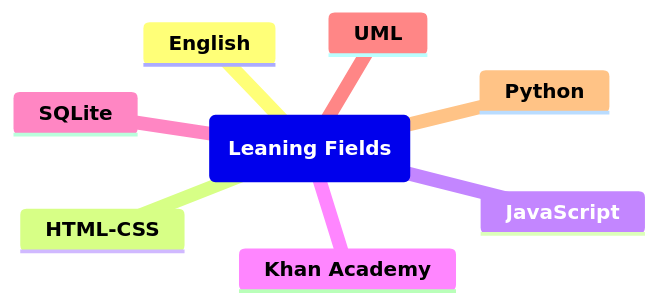
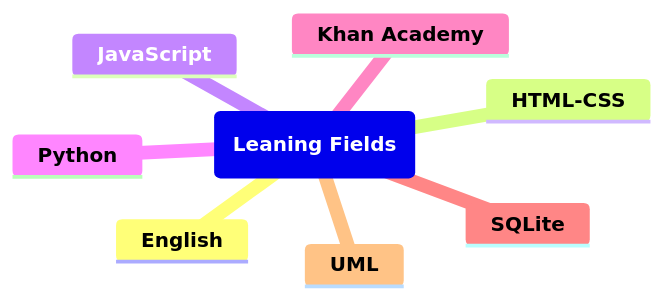
The diagram in README.md (MarvinSilcGit/Learning), drawn with Mermaid before and after one commit.

````diff
--- a/README.md
+++ b/README.md
@@ -4,11 +4,12 @@
 ```mermaid
 mindmap
   root(**Leaning Fields**)
     **English**
     **HTML-CSS**
     **JavaScript**
+    **Python**
     **Khan Academy**
     **SQLite**
     **UML**
-    **Python**
+    
 ```
````
